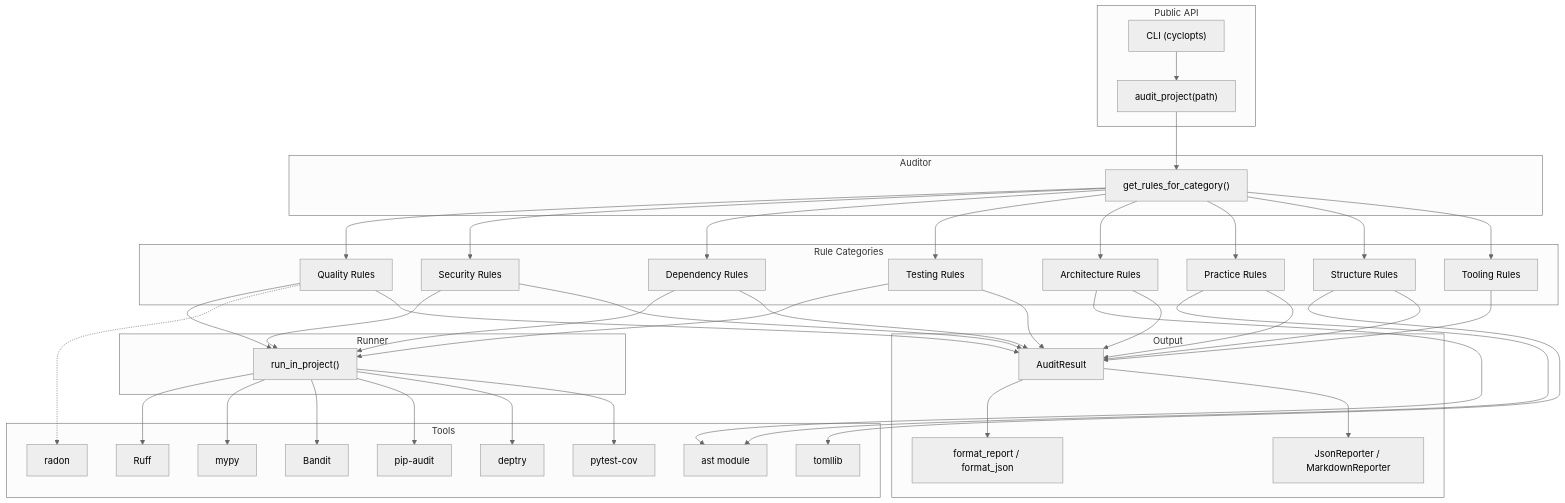
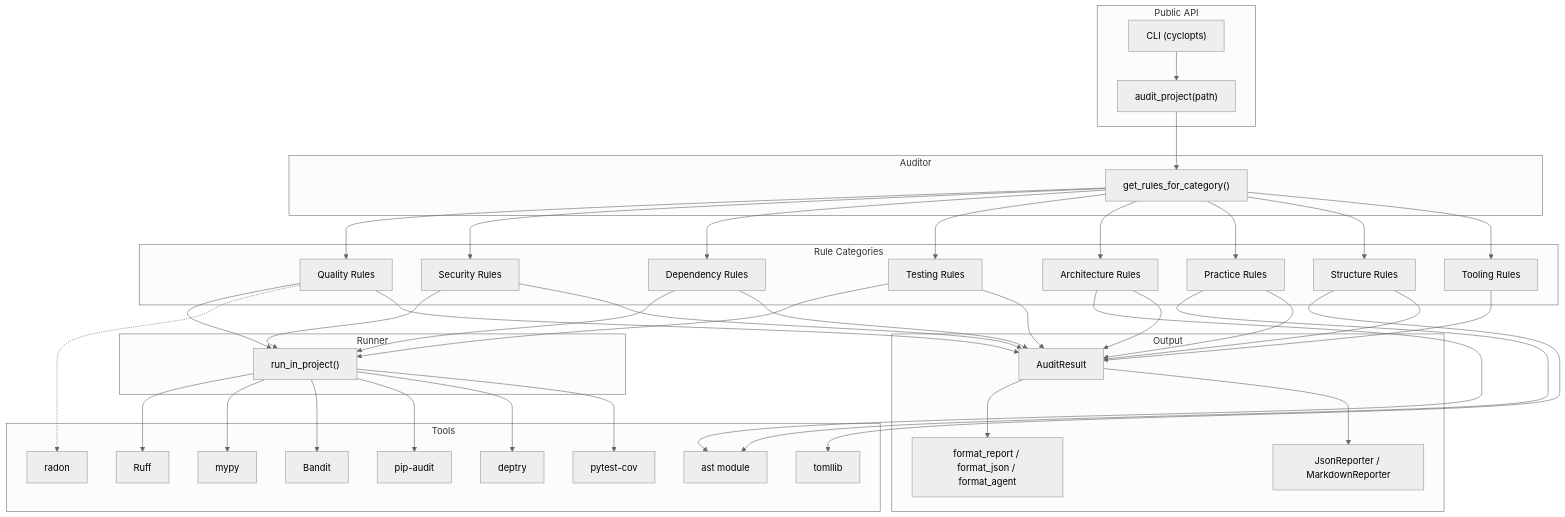
One commit to axm-protocols/axm-forge changed the first of 2 diagrams in docs/explanation/architecture.md. Above: the diagram before and after it, drawn with Mermaid (neutral theme).

Commit message:
docs: add format_agent to architecture diagram Output node

````diff
--- a/docs/explanation/architecture.md
+++ b/docs/explanation/architecture.md
@@ -7,79 +7,79 @@
 ```mermaid
 graph TD
     subgraph "Public API"
         CLI["CLI (cyclopts)"]
         AuditFn["audit_project(path)"]
     end
 
     subgraph "Auditor"
         Rules["get_rules_for_category()"]
     end
 
     subgraph "Rule Categories"
         Quality["Quality Rules"]
         Security["Security Rules"]
         Deps["Dependency Rules"]
         Testing["Testing Rules"]
         Arch["Architecture Rules"]
         Practice["Practice Rules"]
         Structure["Structure Rules"]
         Tooling["Tooling Rules"]
     end
 
     subgraph "Runner"
         RunInProject["run_in_project()"]
     end
 
     subgraph "Tools"
         Ruff["Ruff"]
         MyPy["mypy"]
         Radon["radon"]
         Bandit["Bandit"]
         PipAudit["pip-audit"]
         Deptry["deptry"]
         PytestCov["pytest-cov"]
         AST["ast module"]
         Tomllib["tomllib"]
     end
 
     subgraph "Output"
         Result["AuditResult"]
-        Formatters["format_report / format_json"]
+        Formatters["format_report / format_json / format_agent"]
         Reporters["JsonReporter / MarkdownReporter"]
     end
 
     CLI --> AuditFn
     AuditFn --> Rules
     Rules --> Quality
     Rules --> Security
     Rules --> Deps
     Rules --> Testing
     Rules --> Arch
     Rules --> Practice
     Rules --> Structure
     Rules --> Tooling
     Quality --> RunInProject
     Security --> RunInProject
     Deps --> RunInProject
     Testing --> RunInProject
     RunInProject --> Ruff
     RunInProject --> MyPy
     RunInProject --> Bandit
     RunInProject --> PipAudit
     RunInProject --> Deptry
     RunInProject --> PytestCov
     Quality -.-> Radon
     Arch --> AST
     Practice --> AST
     Structure --> Tomllib
     Quality --> Result
     Security --> Result
     Deps --> Result
     Testing --> Result
     Arch --> Result
     Practice --> Result
     Structure --> Result
     Tooling --> Result
     Result --> Formatters
     Result --> Reporters
 ```
````
